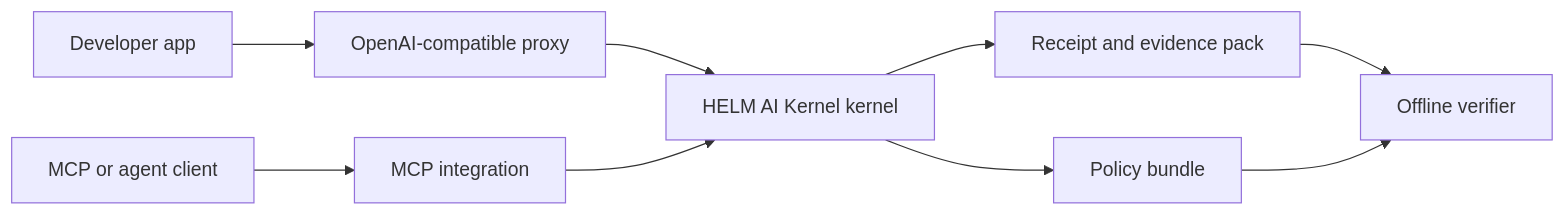
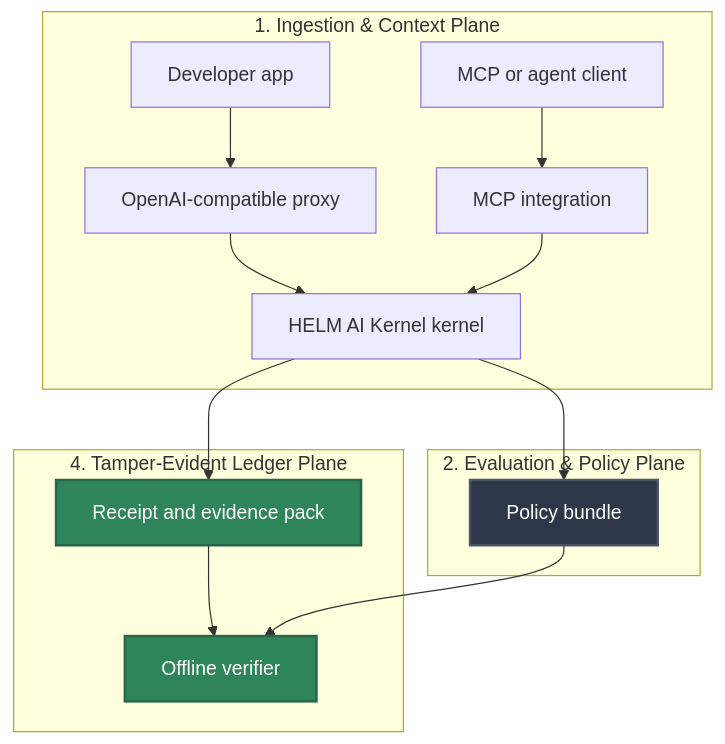
One commit to Mindburn-Labs/helm-ai-kernel changed the diagram in docs/index.md. Above: the diagram before and after it, drawn with Mermaid. The commit also changed other lines of this file and 330 other files, not shown here.

````diff
--- a/docs/index.md
+++ b/docs/index.md
@@ -28,11 +28,34 @@
 ```mermaid
-flowchart LR
-  Dev["Developer app"] --> Proxy["OpenAI-compatible proxy"]
-  Agent["MCP or agent client"] --> MCP["MCP integration"]
-  Proxy --> Kernel["HELM AI Kernel kernel"]
-  MCP --> Kernel
-  Kernel --> Policy["Policy bundle"]
-  Kernel --> Receipt["Receipt and evidence pack"]
-  Receipt --> Verify["Offline verifier"]
-  Policy --> Verify
+flowchart TD
+    subgraph Ingestion["1. Ingestion & Context Plane"]
+        Dev["Developer app"]
+        Proxy["OpenAI-compatible proxy"]
+        Agent["MCP or agent client"]
+        MCP["MCP integration"]
+        Kernel["HELM AI Kernel kernel"]
+    end
+
+    subgraph Evaluation["2. Evaluation & Policy Plane"]
+        Policy["Policy bundle"]
+    end
+
+    subgraph Ledger["4. Tamper-Evident Ledger Plane"]
+        Receipt["Receipt and evidence pack"]
+        Verify["Offline verifier"]
+    end
+
+    %% Operational Flow Edges
+    Dev --> Proxy
+    Agent --> MCP
+    Proxy --> Kernel
+    MCP --> Kernel
+    Kernel --> Policy
+    Kernel --> Receipt
+    Receipt --> Verify
+    Policy --> Verify
+
+    %% Premium Styling Rules
+    style Policy fill:#2d3748,stroke:#4a5568,stroke-width:2px,color:#fff
+    style Receipt fill:#2f855a,stroke:#276749,stroke-width:2px,color:#fff
+    style Verify fill:#2f855a,stroke:#276749,stroke-width:2px,color:#fff
 ```
````
